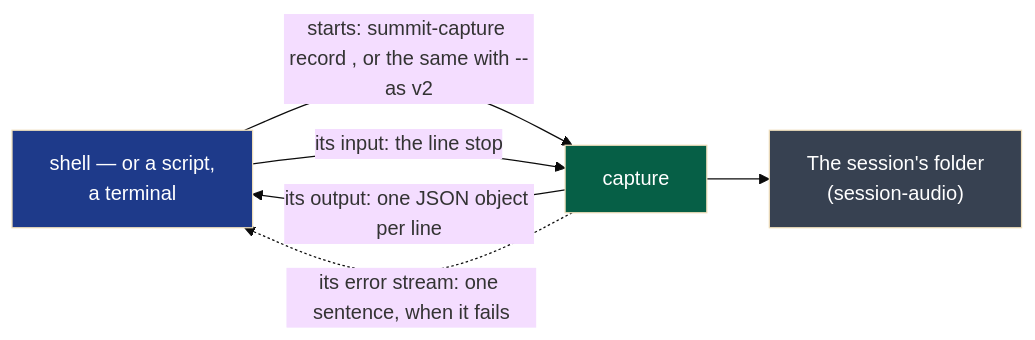
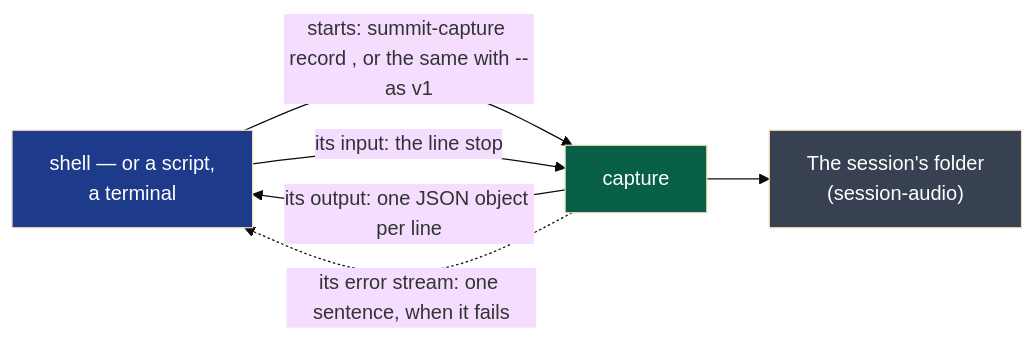
One commit to NapkinStack/wholeheard changed the diagram in contracts/recording/v1/README.md. Above: the diagram before and after it, drawn with Mermaid (base theme). The commit also changed other lines of this file, not shown here.

First line of the commit message:
Contracts: recording/v1 says the second form is what record writes

````diff
--- a/contracts/recording/v1/README.md
+++ b/contracts/recording/v1/README.md
@@ -6,12 +6,12 @@
 ```mermaid
 flowchart LR
-    S["shell — or a script,<br/>a terminal"]:::consumer -->|"starts: summit-capture record <sessions-folder>, or the same with --as v2"| C["capture"]:::producer
+    S["shell — or a script,<br/>a terminal"]:::consumer -->|"starts: summit-capture record <sessions-folder>, or the same with --as v1"| C["capture"]:::producer
     C -->|"its output: one JSON object per line"| S
     S -->|"its input: the line stop"| C
     C -.->|"its error stream: one sentence, when it fails"| S
     C --> F["The session's folder<br/>(session-audio)"]:::file
 
     classDef producer fill:#065f46,color:#fff
     classDef consumer fill:#1e3a8a,color:#fff
     classDef file fill:#374151,color:#fff
 ```
````
